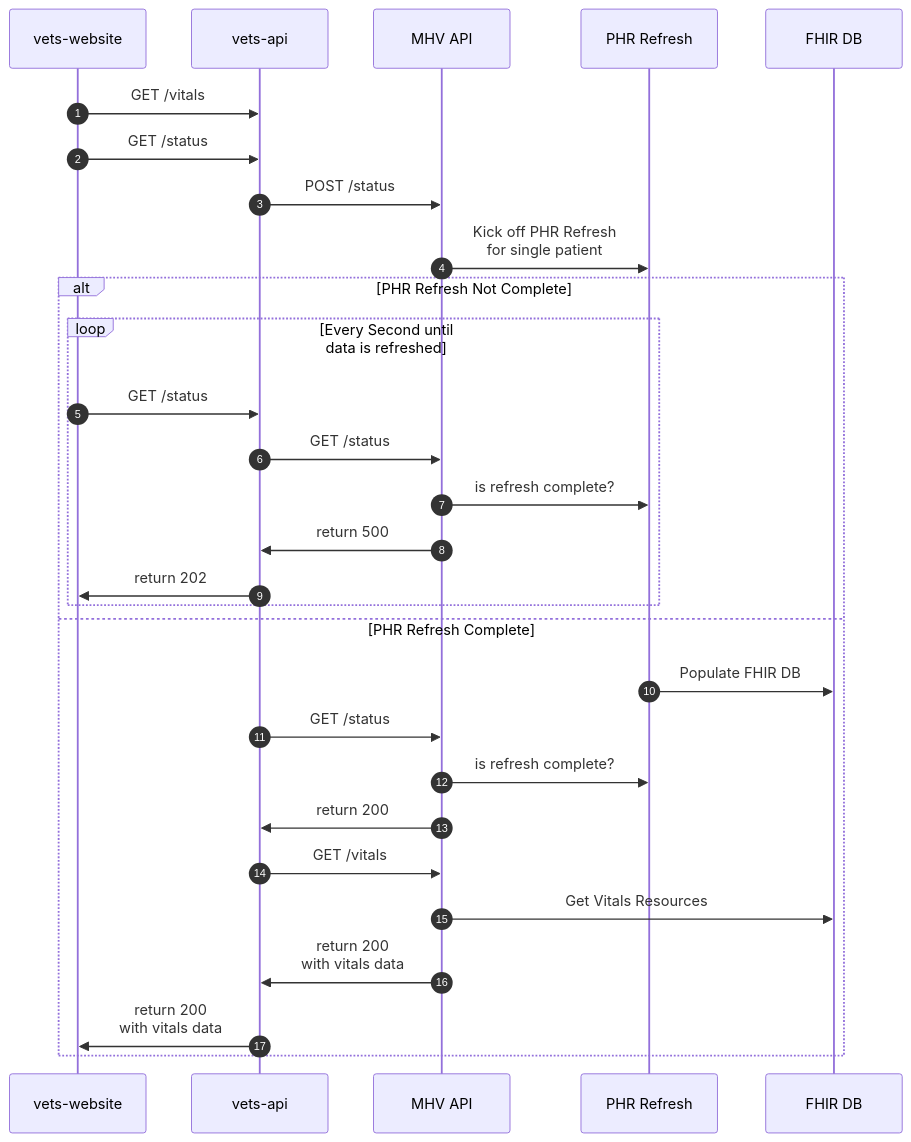
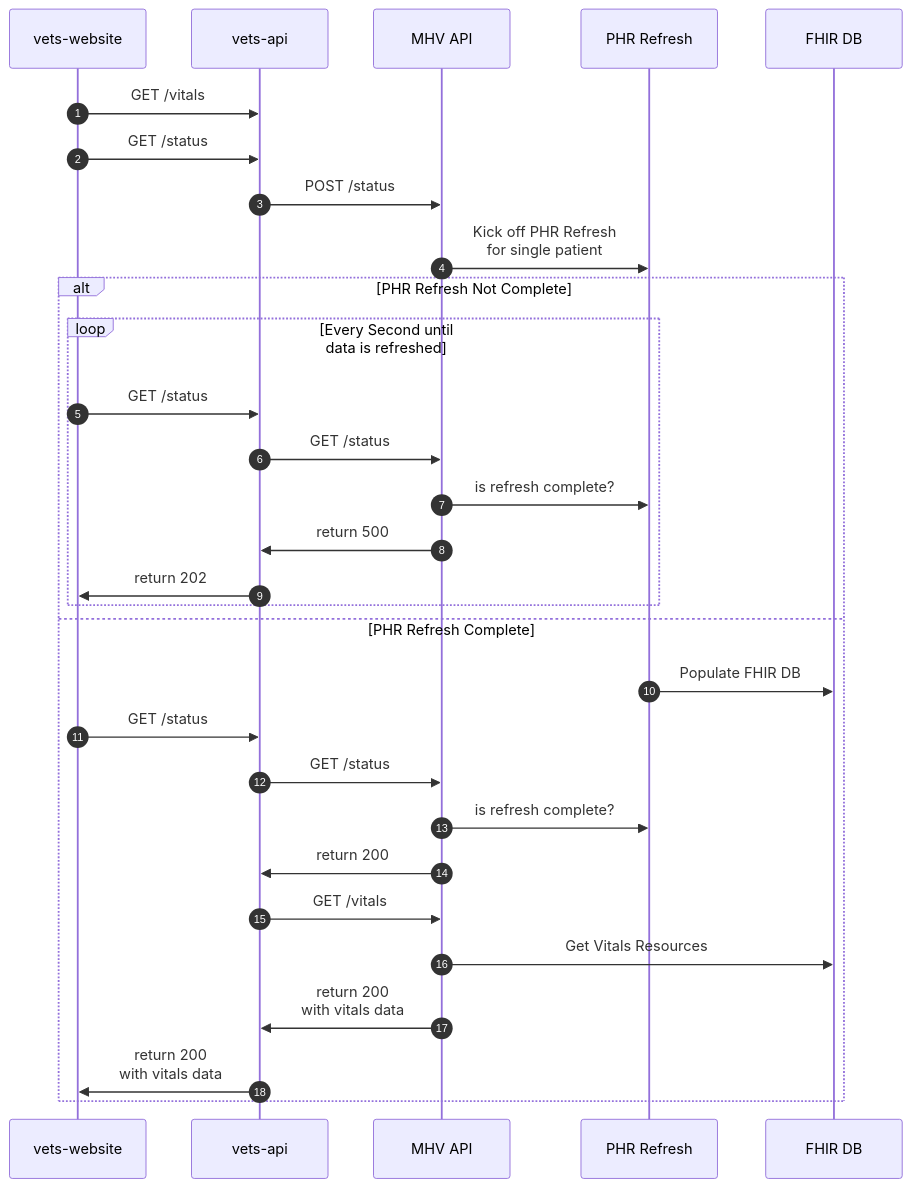
One commit to department-of-veterans-affairs/va.gov-team changed the diagram in products/health-care/digital-health-modernization/mhv-to-va.gov/medical-records/process/phr-refresh.md. Above: the diagram before and after it, drawn with Mermaid.

````diff
--- a/products/health-care/digital-health-modernization/mhv-to-va.gov/medical-records/process/phr-refresh.md
+++ b/products/health-care/digital-health-modernization/mhv-to-va.gov/medical-records/process/phr-refresh.md
@@ -44,33 +44,34 @@
 ```mermaid
 sequenceDiagram
 	autonumber
 	participant VW as vets-website
     participant VA as vets-api
     participant MHVAPI as MHV API
 	participant PHR as PHR Refresh
     participant FHIR as FHIR DB
     VW->>VA: GET /vitals
     VW->>VA: GET /status
     VA->>MHVAPI: POST /status
     MHVAPI->>PHR: Kick off PHR Refresh <br/>for single patient
 
     alt PHR Refresh Not Complete
         loop Every Second until data is refreshed
             VW->>VA: GET /status
             VA->>MHVAPI: GET /status
             MHVAPI->>PHR:  is refresh complete? 
             MHVAPI->>VA: return 500
             VA->>VW: return 202
         end
     else PHR Refresh Complete
         PHR->>FHIR: Populate FHIR DB
+	VW->>VA: GET /status
         VA->>MHVAPI: GET /status
         MHVAPI->>PHR:  is refresh complete? 
         MHVAPI->>VA: return 200 
         VA->>MHVAPI: GET /vitals
         MHVAPI->>FHIR: Get Vitals Resources
         MHVAPI->>VA: return 200<br/>with  vitals data
 
         VA->>VW: return 200<br/>with vitals data
     end
 ```
````
